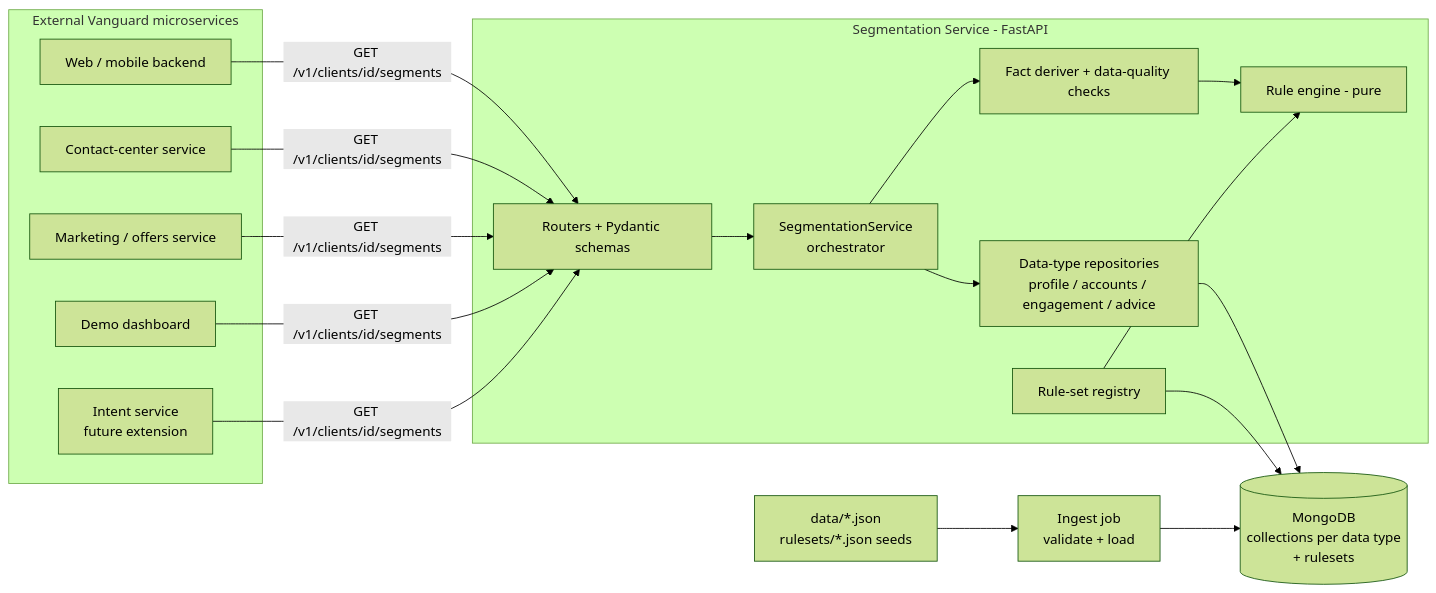
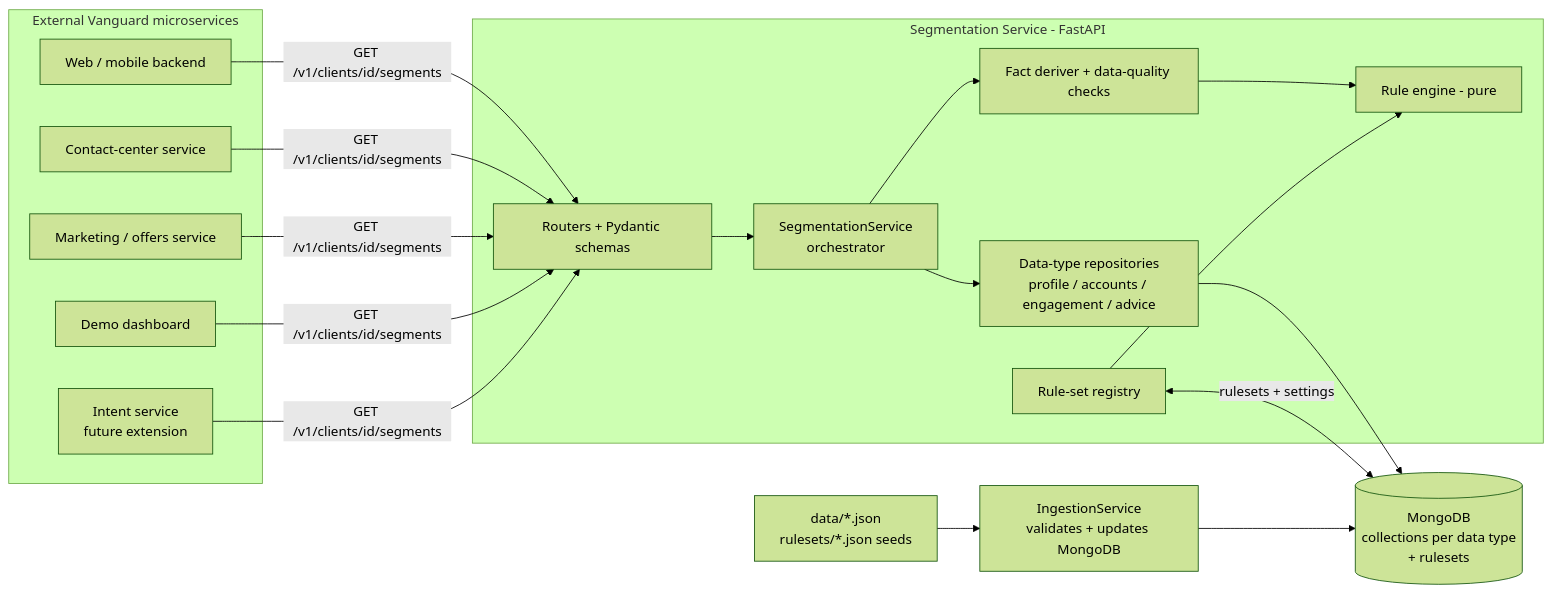
One commit to JustinGarvida/vanguard-css changed the first of 4 diagrams in docs/03-service-design.md. Above: the diagram before and after it, drawn with Mermaid (forest theme). The commit also changed other lines of this file and 5 other files, not shown here.

First line of the commit message:
docs: component descriptions, rule-set registry to MongoDB, IngestionService, v2 intent diagram (#8)

````diff
--- a/docs/03-service-design.md
+++ b/docs/03-service-design.md
@@ -44,30 +44,30 @@
 ```mermaid
 flowchart LR
     subgraph Consumers[External Vanguard microservices]
         MS1[Web / mobile backend]
         MS2[Contact-center service]
         MS3[Marketing / offers service]
         DASH[Demo dashboard]
         INT[Intent service<br/>future extension]
     end
 
     subgraph CSS[Segmentation Service - FastAPI]
         API[Routers + Pydantic schemas]
         SVC[SegmentationService<br/>orchestrator]
         REPO[Data-type repositories<br/>profile / accounts / engagement / advice]
         FACT[Fact deriver + data-quality checks]
         ENG[Rule engine - pure]
         RSR[Rule-set registry]
     end
 
     DB[(MongoDB<br/>collections per data type<br/>+ rulesets)]
-    ING[Ingest job<br/>validate + load]
+    ING[IngestionService<br/>validates + updates MongoDB]
     SRC[data/*.json<br/>rulesets/*.json seeds]
 
     MS1 & MS2 & MS3 & DASH & INT -->|GET /v1/clients/id/segments| API
     API --> SVC --> REPO --> DB
     SVC --> FACT --> ENG
     RSR --> ENG
-    RSR --> DB
+    RSR <-->|rulesets + settings| DB
     SRC --> ING --> DB
 ```
````
